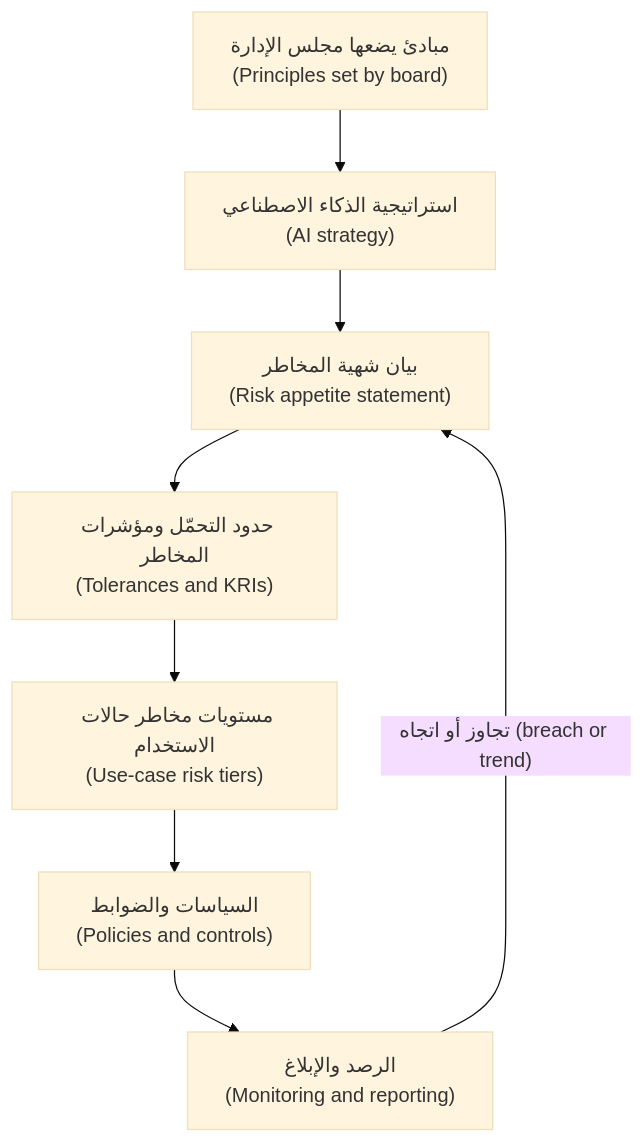
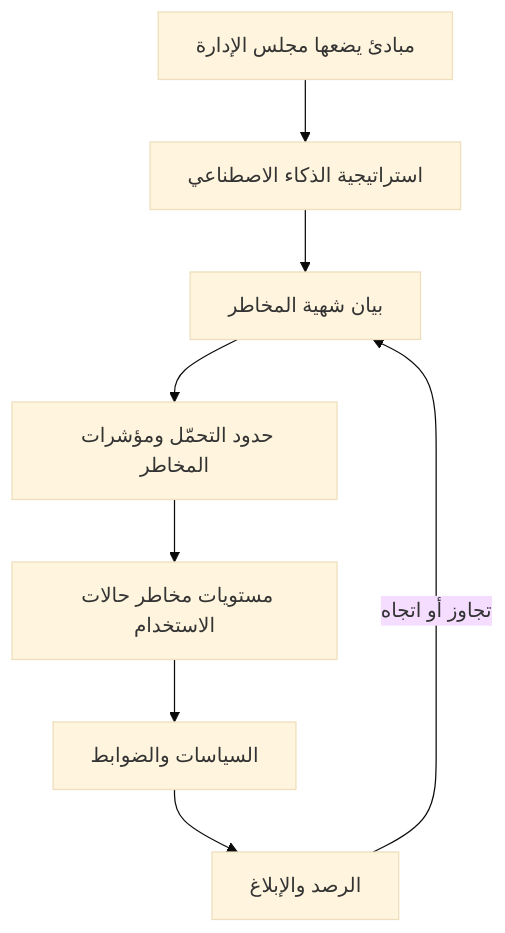
One commit to Tamoura/system-design-for-vibe-coders changed the first of 2 diagrams in aigp/modules/02-organisation.ar.md. Above: the diagram before and after it, drawn with Mermaid (base theme). The commit also changed other lines of this file and 551 other files, not shown here.

````diff
--- a/aigp/modules/02-organisation.ar.md
+++ b/aigp/modules/02-organisation.ar.md
@@ -89,10 +89,10 @@
 ```mermaid
 flowchart TD
-    A["مبادئ يضعها مجلس الإدارة<br/>(Principles set by board)"] --> B["استراتيجية الذكاء الاصطناعي<br/>(AI strategy)"]
-    B --> C["بيان شهية المخاطر<br/>(Risk appetite statement)"]
-    C --> D["حدود التحمّل ومؤشرات المخاطر<br/>(Tolerances and KRIs)"]
-    D --> E["مستويات مخاطر حالات الاستخدام<br/>(Use-case risk tiers)"]
-    E --> F["السياسات والضوابط<br/>(Policies and controls)"]
-    F --> G["الرصد والإبلاغ<br/>(Monitoring and reporting)"]
-    G -->|"تجاوز أو اتجاه (breach or trend)"| C
+    A["مبادئ يضعها مجلس الإدارة"] --> B["استراتيجية الذكاء الاصطناعي"]
+    B --> C["بيان شهية المخاطر"]
+    C --> D["حدود التحمّل ومؤشرات المخاطر"]
+    D --> E["مستويات مخاطر حالات الاستخدام"]
+    E --> F["السياسات والضوابط"]
+    F --> G["الرصد والإبلاغ"]
+    G -->|"تجاوز أو اتجاه"| C
 ```
````
